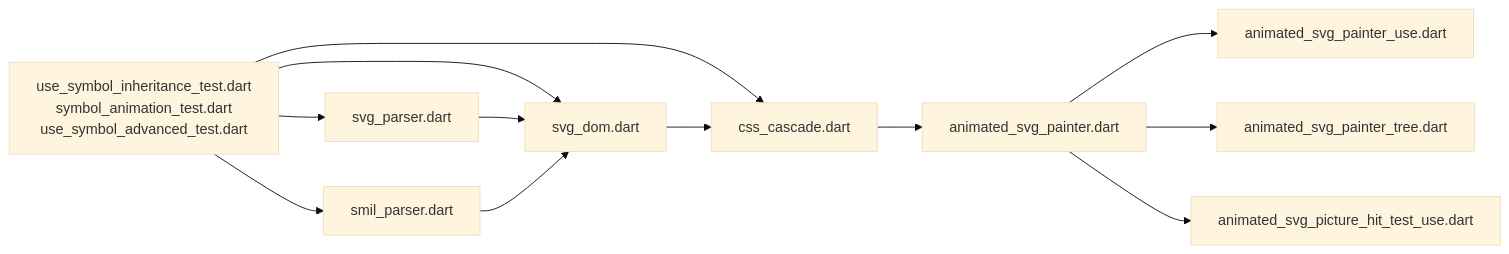
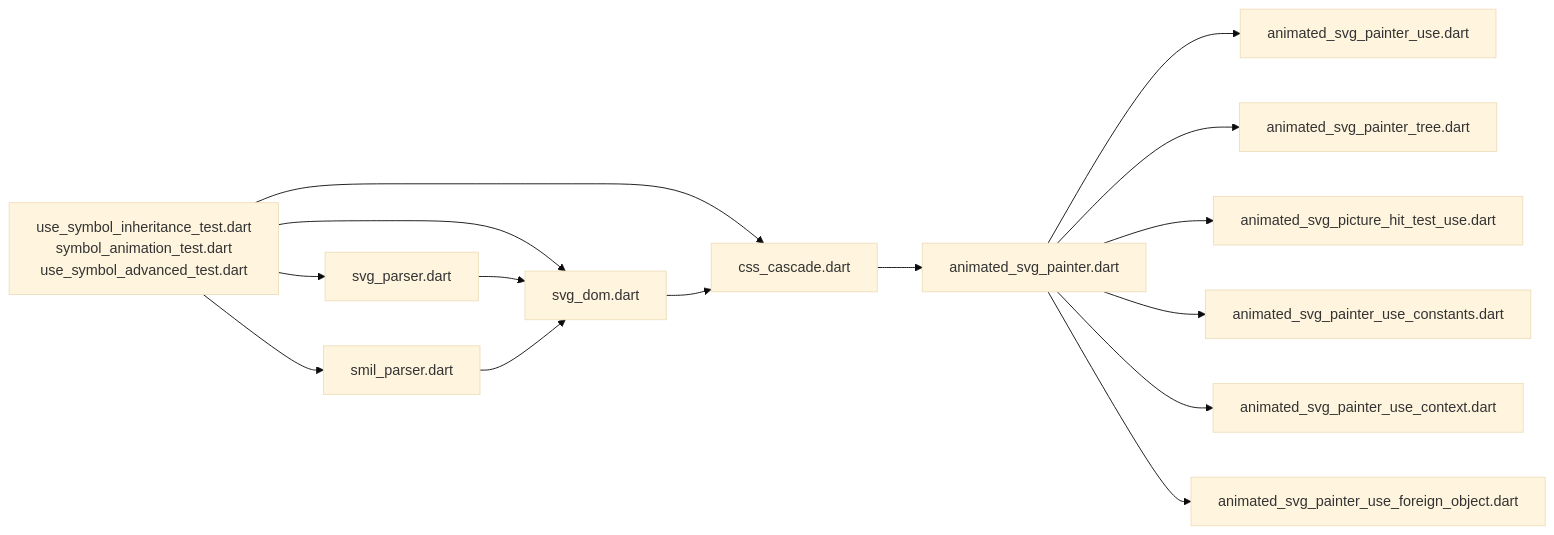
Before and after one commit to denisnadey/flutter_full_svg_support: the tenth of 10 diagrams in .qoder/repowiki/en/content/Advanced Features/Use Element Symbol Inheritance.md, drawn with Mermaid (base theme). The commit also changed other lines of this file and 40 other files, not shown here.

````diff
--- a/.qoder/repowiki/en/content/Advanced Features/Use Element Symbol Inheritance.md
+++ b/.qoder/repowiki/en/content/Advanced Features/Use Element Symbol Inheritance.md
@@ -577,14 +627,17 @@
 ```mermaid
 graph LR
 Tests["use_symbol_inheritance_test.dart<br/>symbol_animation_test.dart<br/>use_symbol_advanced_test.dart"] --> Parser["svg_parser.dart"]
 Tests --> SMIL["smil_parser.dart"]
 Tests --> CSS["css_cascade.dart"]
 Tests --> DOM["svg_dom.dart"]
 Parser --> DOM
 SMIL --> DOM
 DOM --> CSS
 CSS --> Painter["animated_svg_painter.dart"]
 Painter --> UseExt["animated_svg_painter_use.dart"]
 Painter --> TreeExt["animated_svg_painter_tree.dart"]
 Painter --> HitExt["animated_svg_picture_hit_test_use.dart"]
+Painter --> UseConst["animated_svg_painter_use_constants.dart"]
+Painter --> UseCtx["animated_svg_painter_use_context.dart"]
+Painter --> FOExt["animated_svg_painter_use_foreign_object.dart"]
 ```
````
